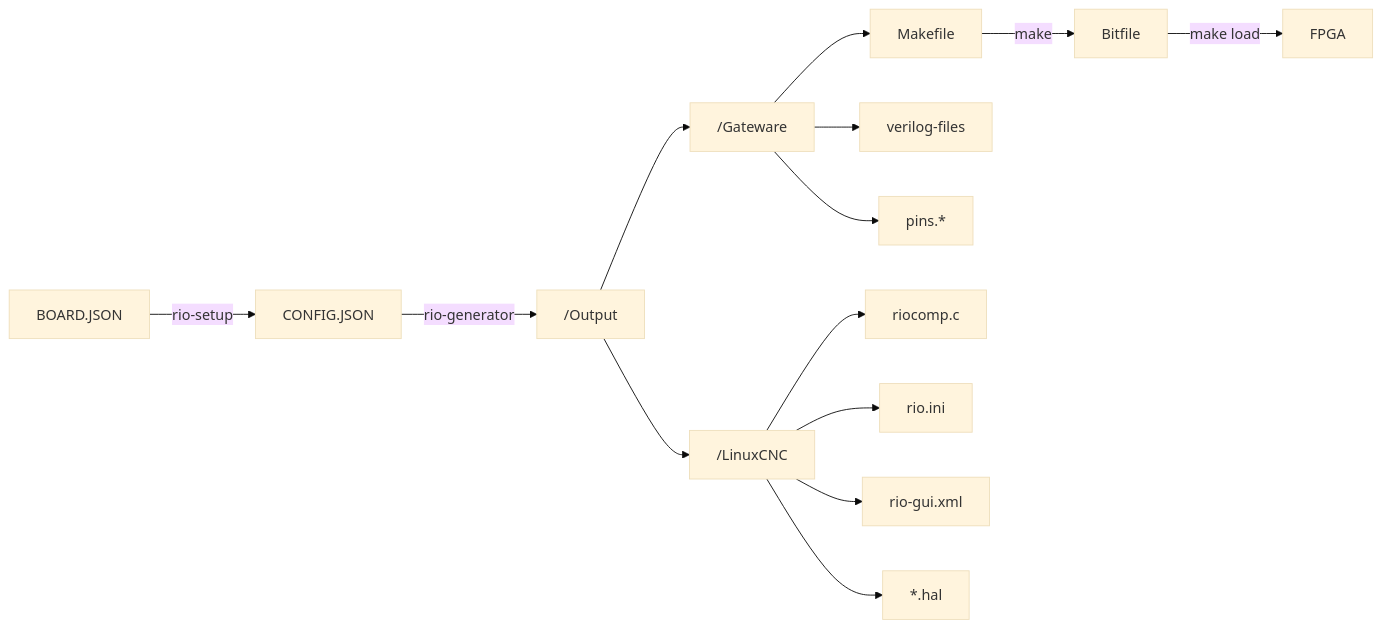
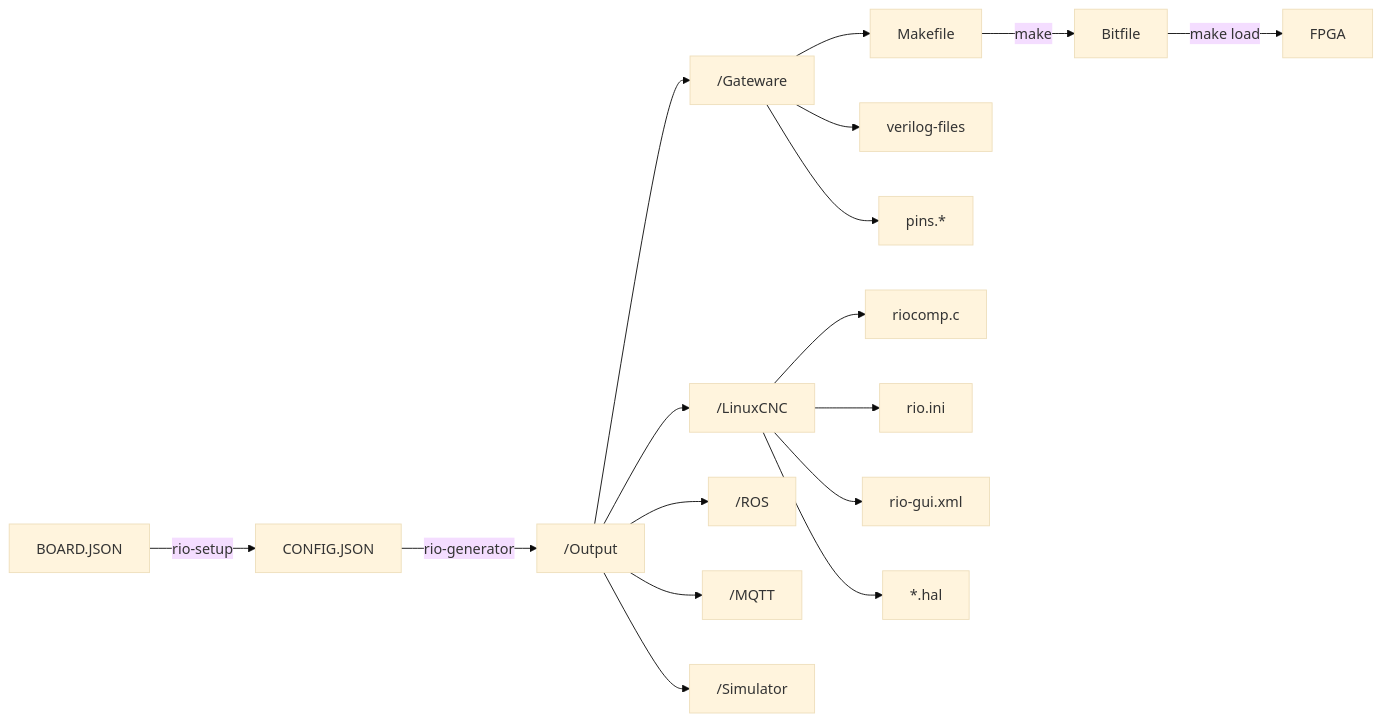
The diagram in README.md (multigcs/riocore), drawn with Mermaid (base theme) before and after one commit.

````diff
--- a/README.md
+++ b/README.md
@@ -193,16 +193,19 @@
 ```mermaid
 graph LR;
     BOARD.JSON--rio-setup-->CONFIG.JSON;
     CONFIG.JSON--rio-generator-->/Output;
     /Output-->/Gateware;
     /Gateware-->Makefile;
     /Gateware-->verilog-files;
     /Gateware-->pins.*;
     Makefile--make-->Bitfile;
     Bitfile--make load-->FPGA;
     /Output-->/LinuxCNC;
     /LinuxCNC-->riocomp.c;
     /LinuxCNC-->rio.ini
     /LinuxCNC-->rio-gui.xml
     /LinuxCNC-->*.hal;
+    /Output-->/ROS;
+    /Output-->/MQTT;
+    /Output-->/Simulator;
 ```
````
